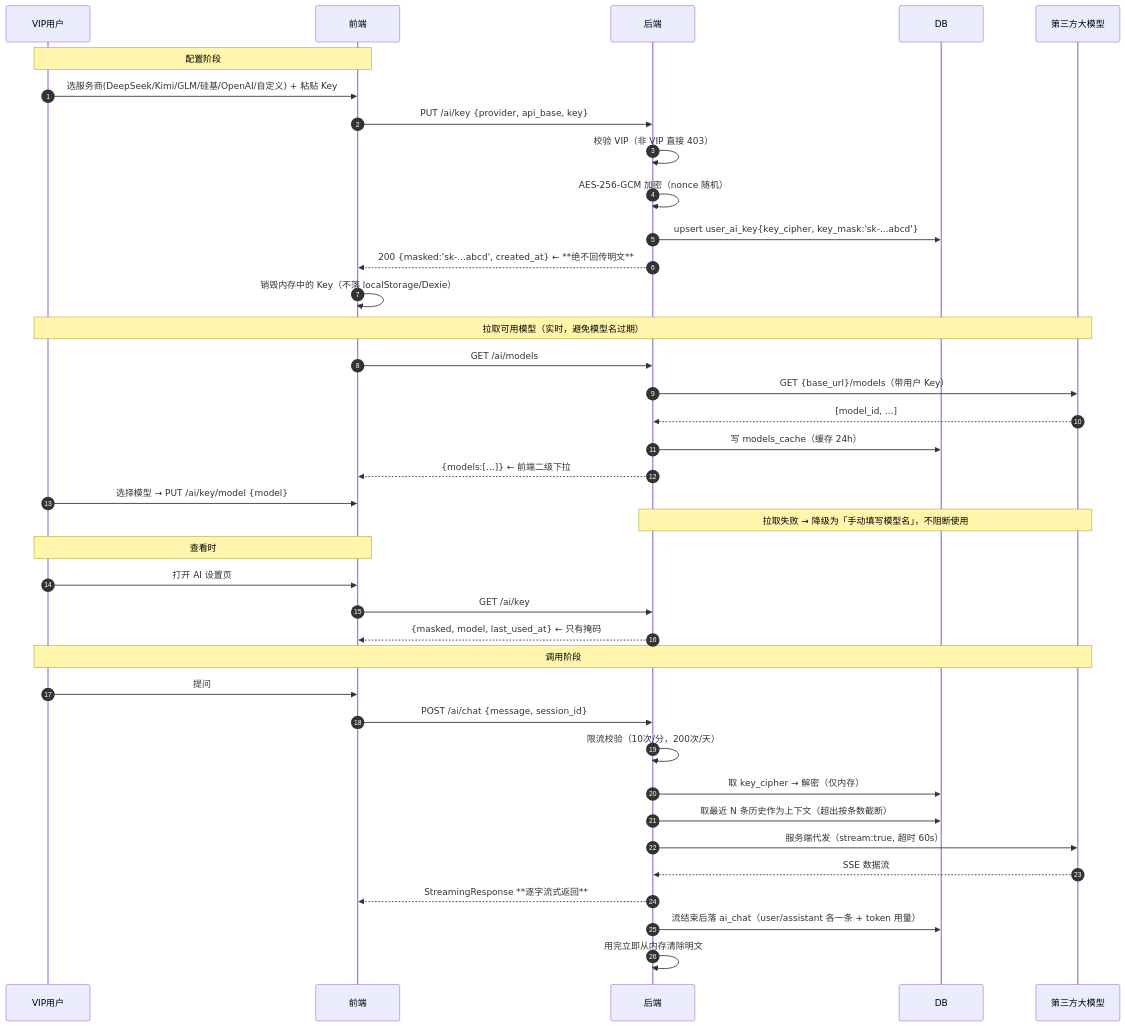
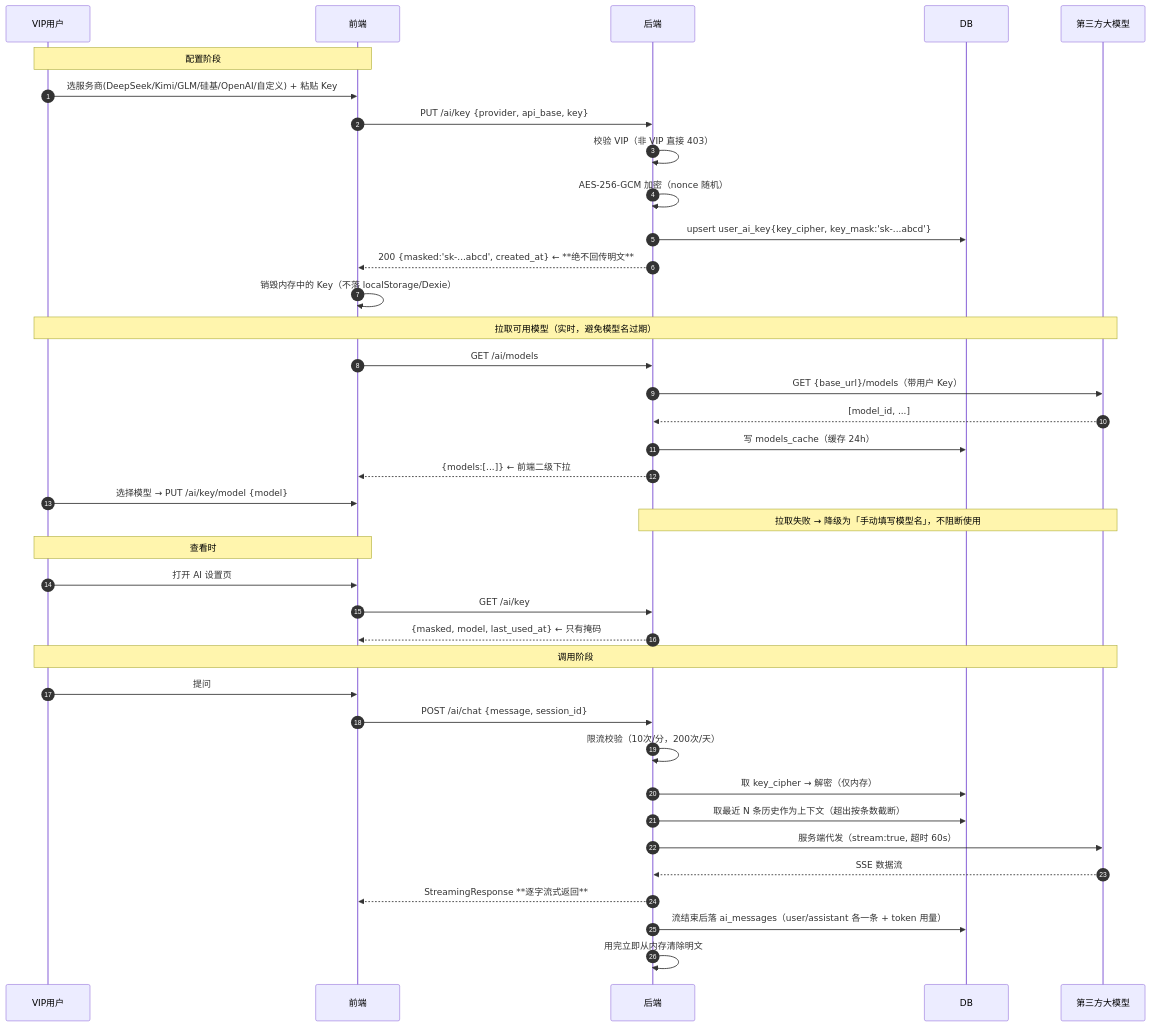
Before and after one commit to 2667598938/yanshi: the eighth of 13 diagrams in docs/design-2026-10-25/05-FLOW-核心流程时序图.md, drawn with Mermaid. The commit also changed other lines of this file and 8 other files, not shown here.

````diff
--- a/docs/design-2026-10-25/05-FLOW-核心流程时序图.md
+++ b/docs/design-2026-10-25/05-FLOW-核心流程时序图.md
@@ -276,44 +276,44 @@
 ```mermaid
 sequenceDiagram
     autonumber
     participant U as VIP用户
     participant W as 前端
     participant A as 后端
     participant DB as DB
     participant L as 第三方大模型
 
     Note over U,W: 配置阶段
     U->>W: 选服务商(DeepSeek/Kimi/GLM/硅基/OpenAI/自定义) + 粘贴 Key
     W->>A: PUT /ai/key {provider, api_base, key}
     A->>A: 校验 VIP（非 VIP 直接 403）
     A->>A: AES-256-GCM 加密（nonce 随机）
     A->>DB: upsert user_ai_key{key_cipher, key_mask:'sk-...abcd'}
     A-->>W: 200 {masked:'sk-...abcd', created_at}  ← **绝不回传明文**
     W->>W: 销毁内存中的 Key（不落 localStorage/Dexie）
 
     Note over U,L: 拉取可用模型（实时，避免模型名过期）
     W->>A: GET /ai/models
     A->>L: GET {base_url}/models（带用户 Key）
     L-->>A: [model_id, ...]
     A->>DB: 写 models_cache（缓存 24h）
     A-->>W: {models:[...]}    ← 前端二级下拉
     U->>W: 选择模型 → PUT /ai/key/model {model}
     Note over A,L: 拉取失败 → 降级为「手动填写模型名」，不阻断使用
 
     Note over U,W: 查看时
     U->>W: 打开 AI 设置页
     W->>A: GET /ai/key
     A-->>W: {masked, model, last_used_at}   ← 只有掩码
 
     Note over U,L: 调用阶段
     U->>W: 提问
     W->>A: POST /ai/chat {message, session_id}
     A->>A: 限流校验（10次/分，200次/天）
     A->>DB: 取 key_cipher → 解密（仅内存）
     A->>DB: 取最近 N 条历史作为上下文（超出按条数截断）
     A->>L: 服务端代发（stream:true, 超时 60s）
     L-->>A: SSE 数据流
     A-->>W: StreamingResponse **逐字流式返回**
-    A->>DB: 流结束后落 ai_chat（user/assistant 各一条 + token 用量）
+    A->>DB: 流结束后落 ai_messages（user/assistant 各一条 + token 用量）
     A->>A: 用完立即从内存清除明文
 ```
````
